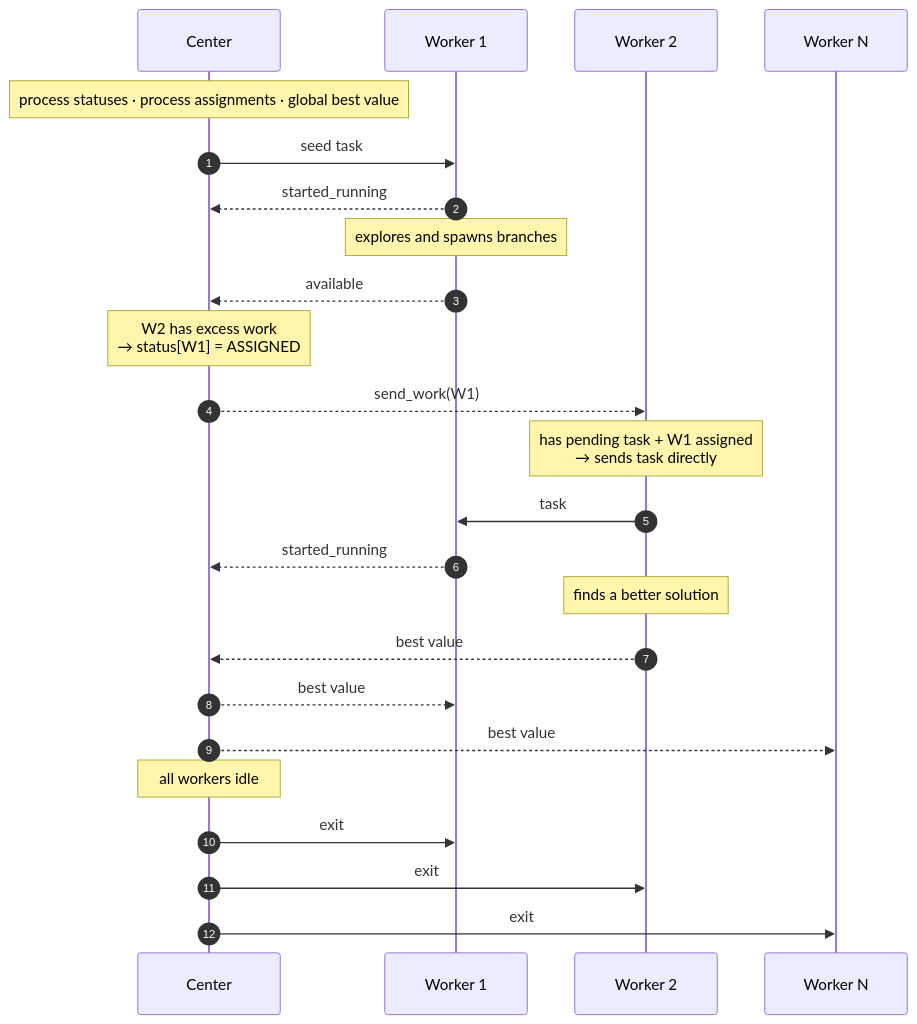
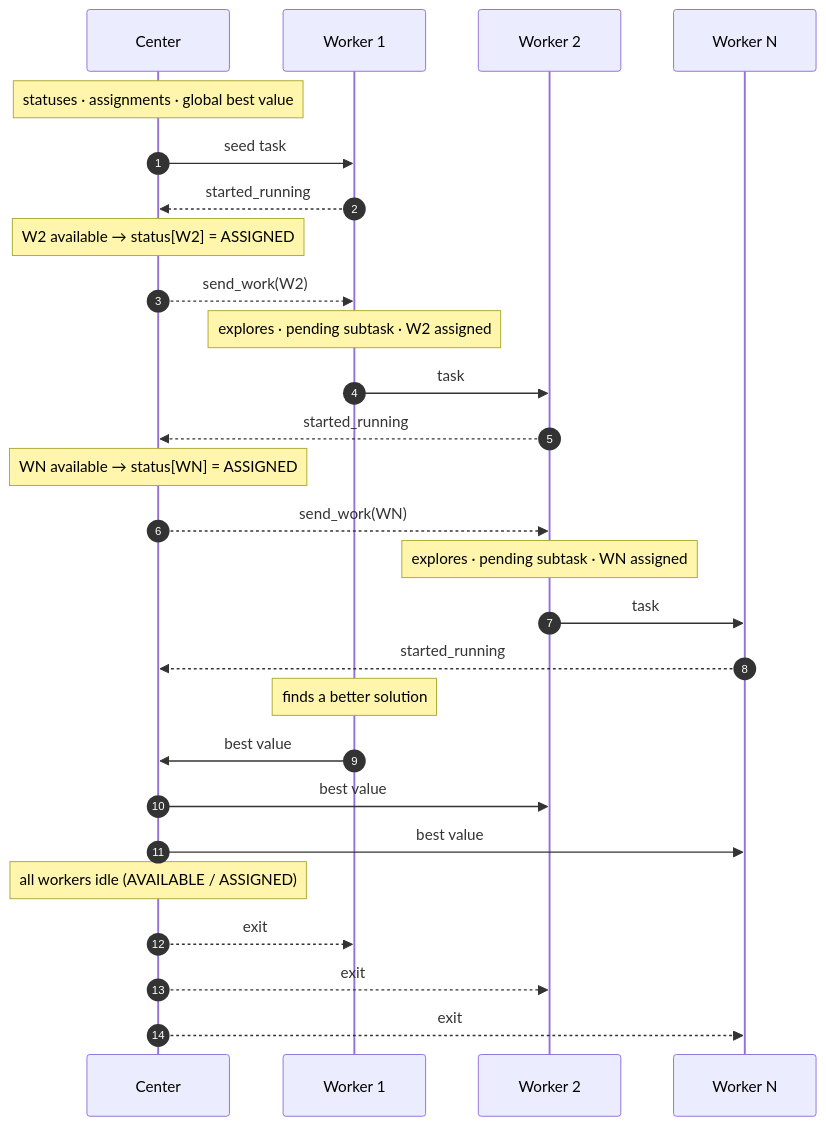
One commit to rapastranac/gempba-docs changed the second of 4 diagrams in docs/scheduler-topologies.md. Above: the diagram before and after it, drawn with Mermaid. The commit also changed other lines of this file, not shown here.

First line of the commit message:
#8 Rework scheduler-topologies page with corrected protocol flows and decentralized reference

````diff
--- a/docs/scheduler-topologies.md
+++ b/docs/scheduler-topologies.md
@@ -80,33 +80,35 @@
 ```mermaid
 sequenceDiagram
     autonumber
     participant C  as Center
     participant W1 as Worker 1
     participant W2 as Worker 2
     participant WN as Worker N
 
-    Note over C: process statuses · process assignments · global best value
+    Note over C: statuses · assignments · global best value
 
     C->>W1: seed task
     W1-->>C: started_running
+    Note over C: W2 available → status[W2] = ASSIGNED
+    C-->>W1: send_work(W2)
 
-    Note over W1: explores and spawns branches
+    Note over W1: explores · pending subtask · W2 assigned
+    W1->>W2: task
+    W2-->>C: started_running
+    Note over C: WN available → status[WN] = ASSIGNED
+    C-->>W2: send_work(WN)
 
-    W1-->>C: available
-    Note over C: W2 has excess work<br/>→ status[W1] = ASSIGNED
-    C-->>W2: send_work(W1)
+    Note over W2: explores · pending subtask · WN assigned
+    W2->>WN: task
+    WN-->>C: started_running
 
-    Note over W2: has pending task + W1 assigned<br/>→ sends task directly
-    W2->>W1: task
-    W1-->>C: started_running
+    Note over W1: finds a better solution
+    W1->>C: best value
+    C->>W2: best value
+    C->>WN: best value
 
-    Note over W2: finds a better solution
-    W2-->>C: best value
-    C-->>W1: best value
-    C-->>WN: best value
-
-    Note over C: all workers idle
-    C->>W1: exit
-    C->>W2: exit
-    C->>WN: exit
+    Note over C: all workers idle (AVAILABLE / ASSIGNED)
+    C-->>W1: exit
+    C-->>W2: exit
+    C-->>WN: exit
 ```
````
